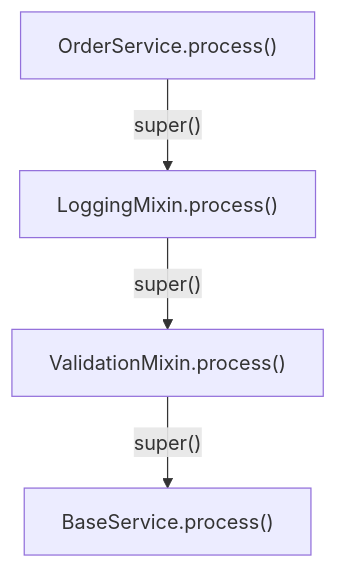
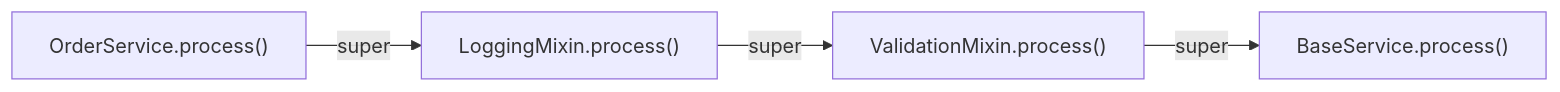
The fifth of 6 diagrams in src/content/python/oop-inheritance-mro-super.md (AvadhBhalodiya/Interview-Preparation), drawn with Mermaid before and after one commit. The commit also changed other lines of this file and 80 other files, not shown here.

````diff
--- a/src/content/python/oop-inheritance-mro-super.md
+++ b/src/content/python/oop-inheritance-mro-super.md
@@ -521,6 +509,7 @@
 ```mermaid
-flowchart TD
-    A["OrderService.process()"] -->|"super()"| B["LoggingMixin.process()"]
-    B -->|"super()"| C["ValidationMixin.process()"]
-    C -->|"super()"| D["BaseService.process()"]
+flowchart LR
+    A["OrderService.process()"]
+    -->|super| B["LoggingMixin.process()"]
+    -->|super| C["ValidationMixin.process()"]
+    -->|super| D["BaseService.process()"]
 ```
````
